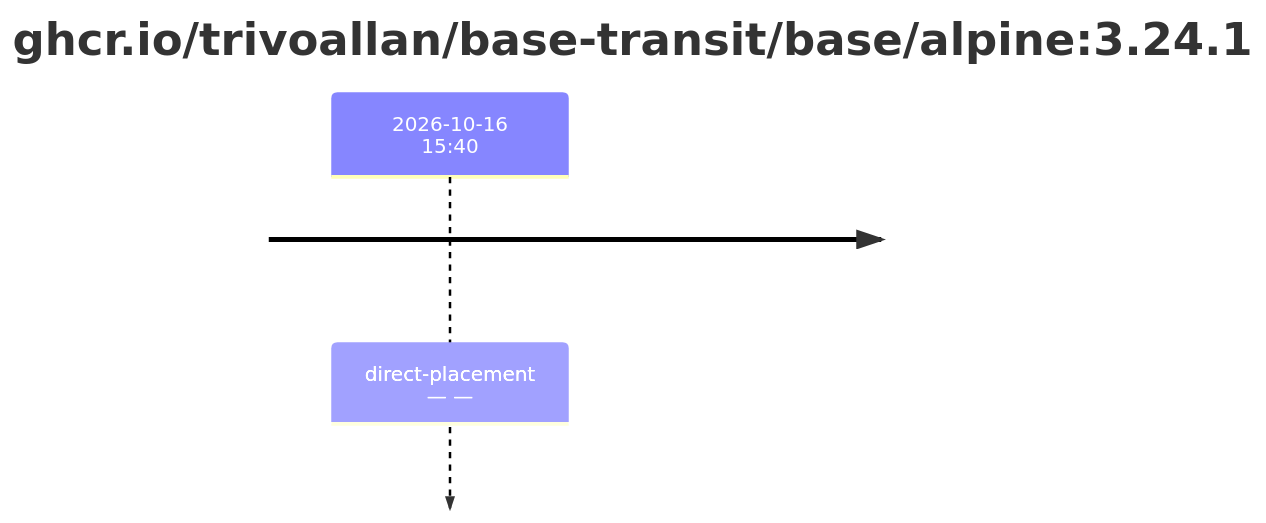
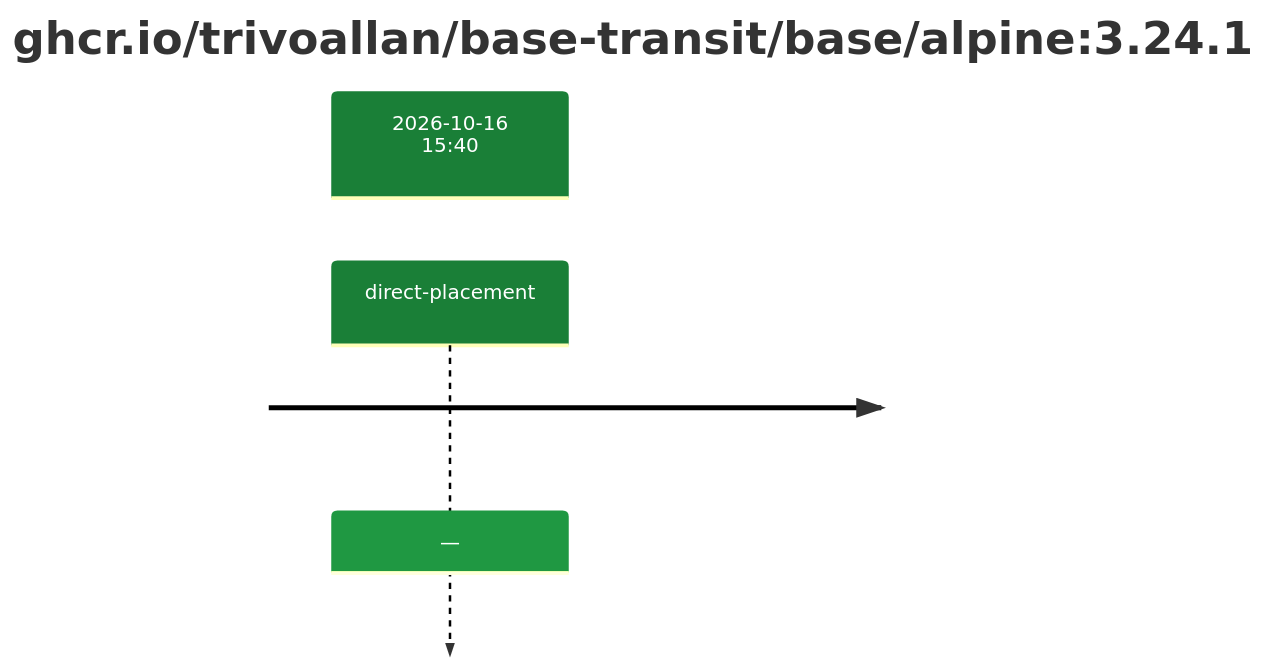
The second of 2 diagrams in results/reports/base-alpine-3/sha256:17dbbbe887650be0fc7bee5a9224725369e2ae61ec6129ede49b80c2da7426f2.md (trivoallan/base-images), drawn with Mermaid before and after one commit. The commit also changed other lines of this file and 5 other files, not shown here.

````diff
--- a/results/reports/base-alpine-3/sha256:17dbbbe887650be0fc7bee5a9224725369e2ae61ec6129ede49b80c2da7426f2.md
+++ b/results/reports/base-alpine-3/sha256:17dbbbe887650be0fc7bee5a9224725369e2ae61ec6129ede49b80c2da7426f2.md
@@ -19,5 +21,7 @@
 ```mermaid
+%%{init: {"theme": "default", "themeVariables": {"cScale0": "#1a7f37", "cScaleLabel0": "#ffffff"}}}%%
 timeline
     title ghcr.io/trivoallan/base-transit/base/alpine#58;3.24.1
-    2026-10-16 15#58;40 : direct-placement — —
+    section 2026-10-16 15#58;40
+        direct-placement : —
 ```
````
